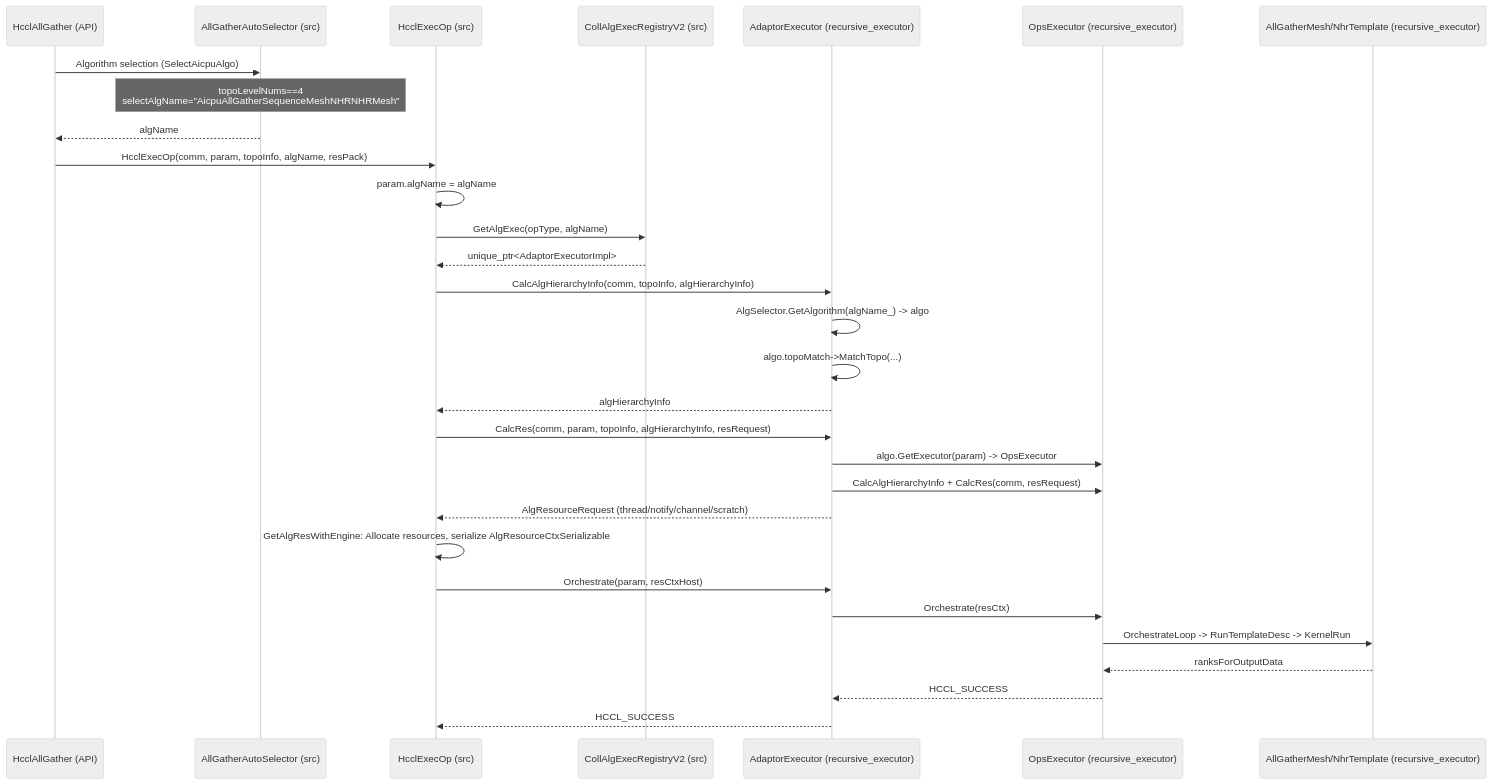
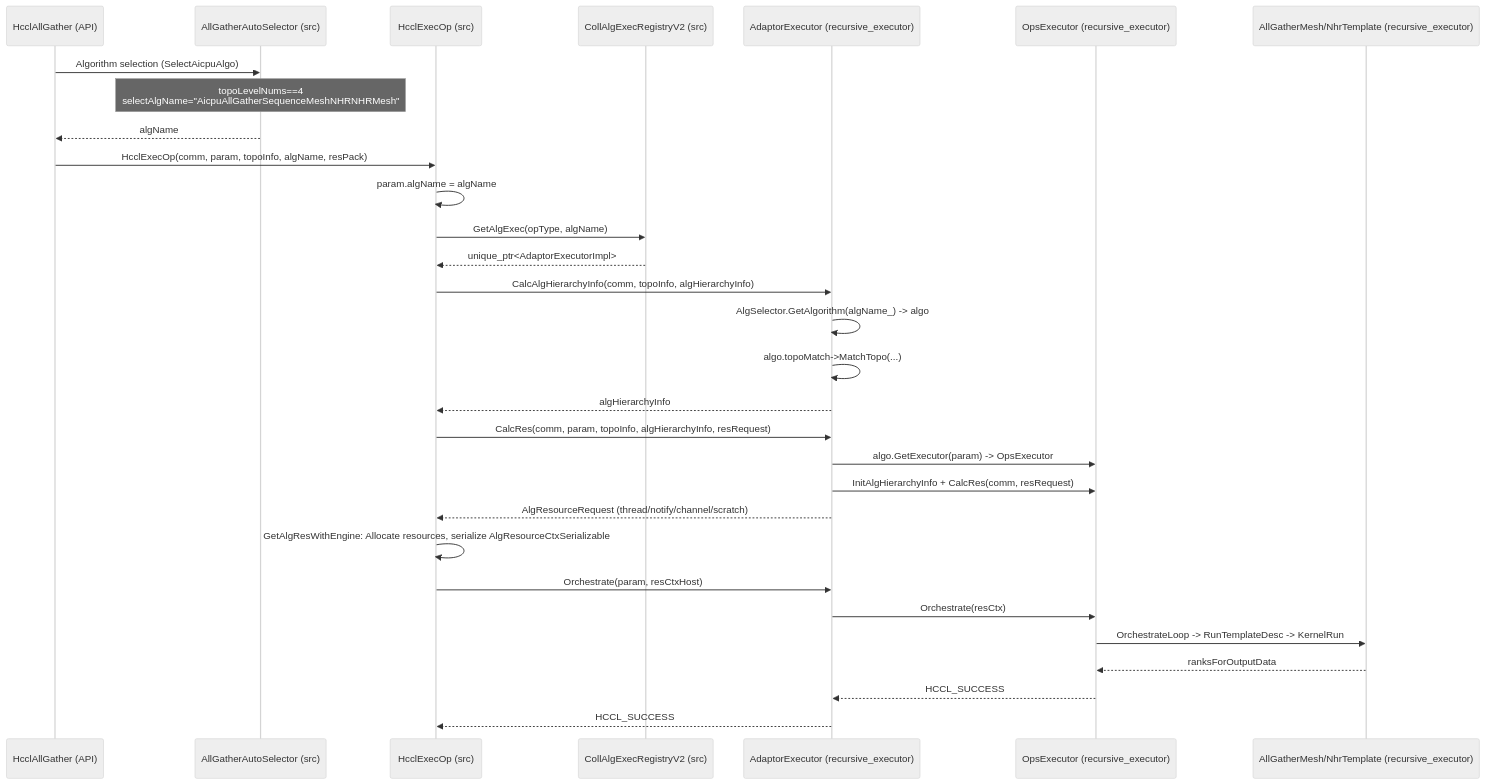
One commit to hicann/hccl changed the tenth of 10 diagrams in docs/en/rfcs/0003-executor-template-refactor.md. Above: the diagram before and after it, drawn with Mermaid (neutral theme). The commit also changed other lines of this file and 39 other files, not shown here.

````diff
--- a/docs/en/rfcs/0003-executor-template-refactor.md
+++ b/docs/en/rfcs/0003-executor-template-refactor.md
@@ -1065,33 +1051,33 @@
 ```mermaid
 sequenceDiagram
     participant API as HcclAllGather (API)
     participant Sel as AllGatherAutoSelector (src)
     participant Op as HcclExecOp (src)
     participant Reg as CollAlgExecRegistryV2 (src)
     participant Ada as AdaptorExecutor (recursive_executor)
     participant Exec as OpsExecutor (recursive_executor)
     participant Tpl as AllGatherMesh/NhrTemplate (recursive_executor)
 
     API->>Sel: Algorithm selection (SelectAicpuAlgo)
     Note over Sel: topoLevelNums==4<br/>selectAlgName="AicpuAllGatherSequenceMeshNHRNHRMesh"
     Sel-->>API: algName
     API->>Op: HcclExecOp(comm, param, topoInfo, algName, resPack)
     Op->>Op: param.algName = algName
     Op->>Reg: GetAlgExec(opType, algName)
     Reg-->>Op: unique_ptr<AdaptorExecutorImpl>
     Op->>Ada: CalcAlgHierarchyInfo(comm, topoInfo, algHierarchyInfo)
     Ada->>Ada: AlgSelector.GetAlgorithm(algName_) -> algo
     Ada->>Ada: algo.topoMatch->MatchTopo(...)
     Ada-->>Op: algHierarchyInfo
     Op->>Ada: CalcRes(comm, param, topoInfo, algHierarchyInfo, resRequest)
     Ada->>Exec: algo.GetExecutor(param) -> OpsExecutor
-    Ada->>Exec: CalcAlgHierarchyInfo + CalcRes(comm, resRequest)
+    Ada->>Exec: InitAlgHierarchyInfo + CalcRes(comm, resRequest)
     Ada-->>Op: AlgResourceRequest (thread/notify/channel/scratch)
     Op->>Op: GetAlgResWithEngine: Allocate resources, serialize AlgResourceCtxSerializable
     Op->>Ada: Orchestrate(param, resCtxHost)
     Ada->>Exec: Orchestrate(resCtx)
     Exec->>Tpl: OrchestrateLoop -> RunTemplateDesc -> KernelRun
     Tpl-->>Exec: ranksForOutputData
     Exec-->>Ada: HCCL_SUCCESS
     Ada-->>Op: HCCL_SUCCESS
 ```
````
